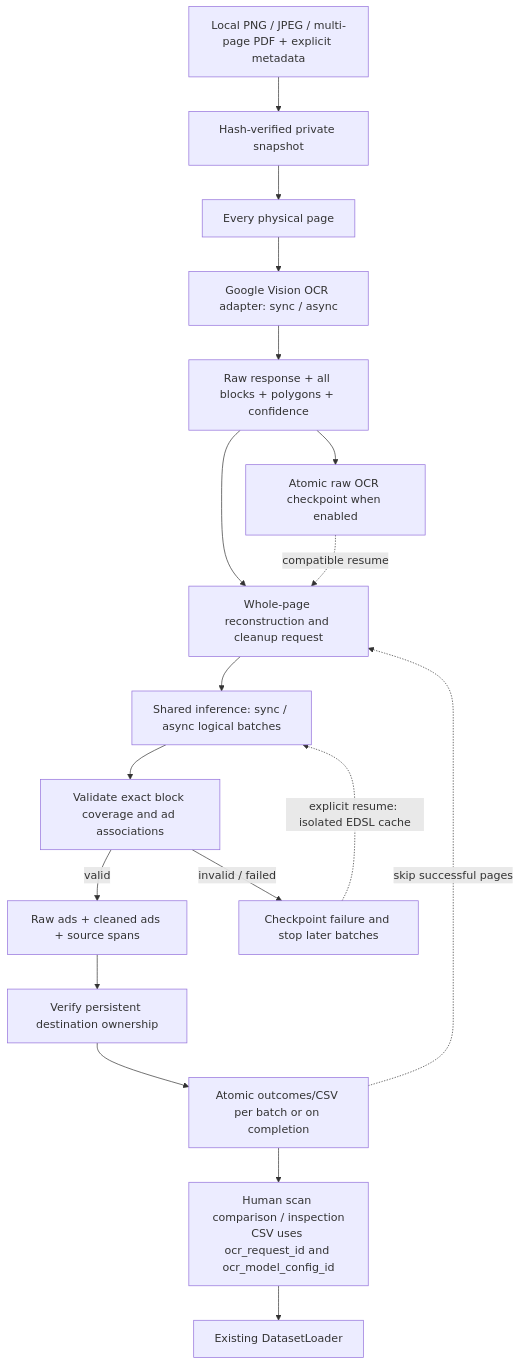
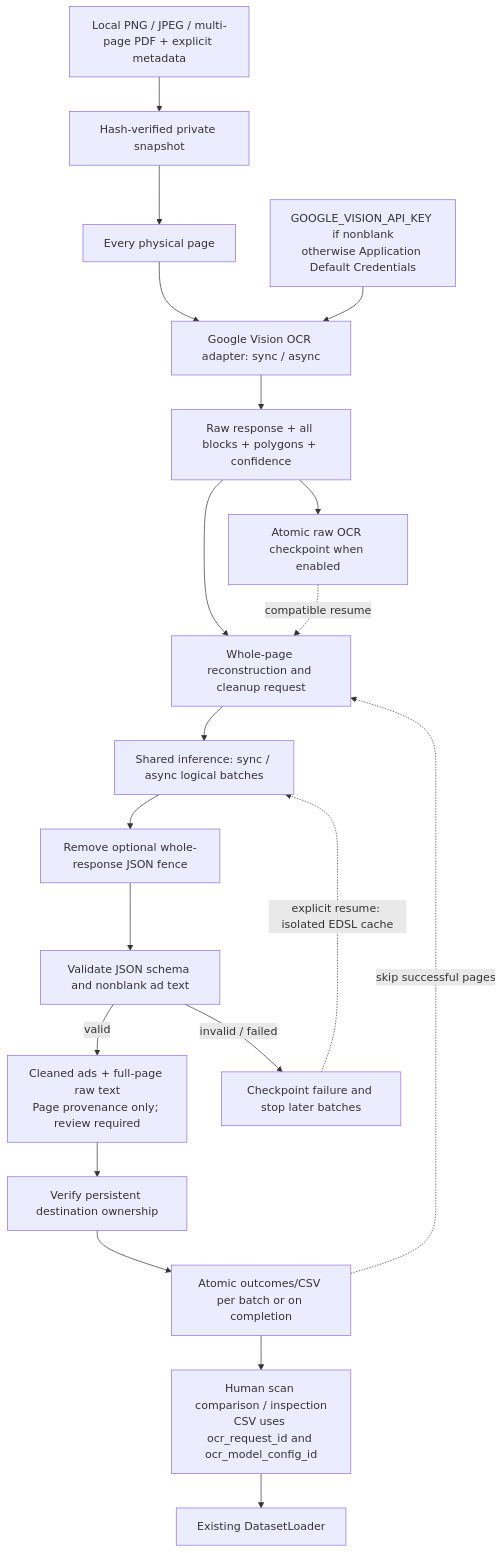
One commit to KirillUtyashev/LLM_AuditKit changed the diagram in docs/architecture/newspaper_ocr.mmd. Above: the diagram before and after it, drawn with Mermaid. The commit also changed 65 other files, not shown here.

```diff
--- a/docs/architecture/newspaper_ocr.mmd
+++ b/docs/architecture/newspaper_ocr.mmd
@@ -1,18 +1,20 @@
 flowchart TD
     S[Local PNG / JPEG / multi-page PDF + explicit metadata] --> T[Hash-verified private snapshot]
     T --> P[Every physical page]
     P --> V[Google Vision OCR adapter: sync / async]
+    K[GOOGLE_VISION_API_KEY if nonblank<br/>otherwise Application Default Credentials] --> V
     V --> R[Raw response + all blocks + polygons + confidence]
     R --> C[Atomic raw OCR checkpoint when enabled]
     R --> Q[Whole-page reconstruction and cleanup request]
     Q --> I[Shared inference: sync / async logical batches]
-    I --> A[Validate exact block coverage and ad associations]
-    A -->|valid| B[Raw ads + cleaned ads + source spans]
+    I --> F[Remove optional whole-response JSON fence]
+    F --> A[Validate JSON schema and nonblank ad text]
+    A -->|valid| B[Cleaned ads + full-page raw text<br/>Page provenance only; review required]
     A -->|invalid / failed| E[Checkpoint failure and stop later batches]
     E -. explicit resume: isolated EDSL cache .-> I
     B --> O[Verify persistent destination ownership]
     O --> J[Atomic outcomes/CSV per batch or on completion]
     J --> H[Human scan comparison / inspection<br/>CSV uses ocr_request_id and ocr_model_config_id]
     H --> D[Existing DatasetLoader]
     C -. compatible resume .-> Q
     J -. skip successful pages .-> Q
```
